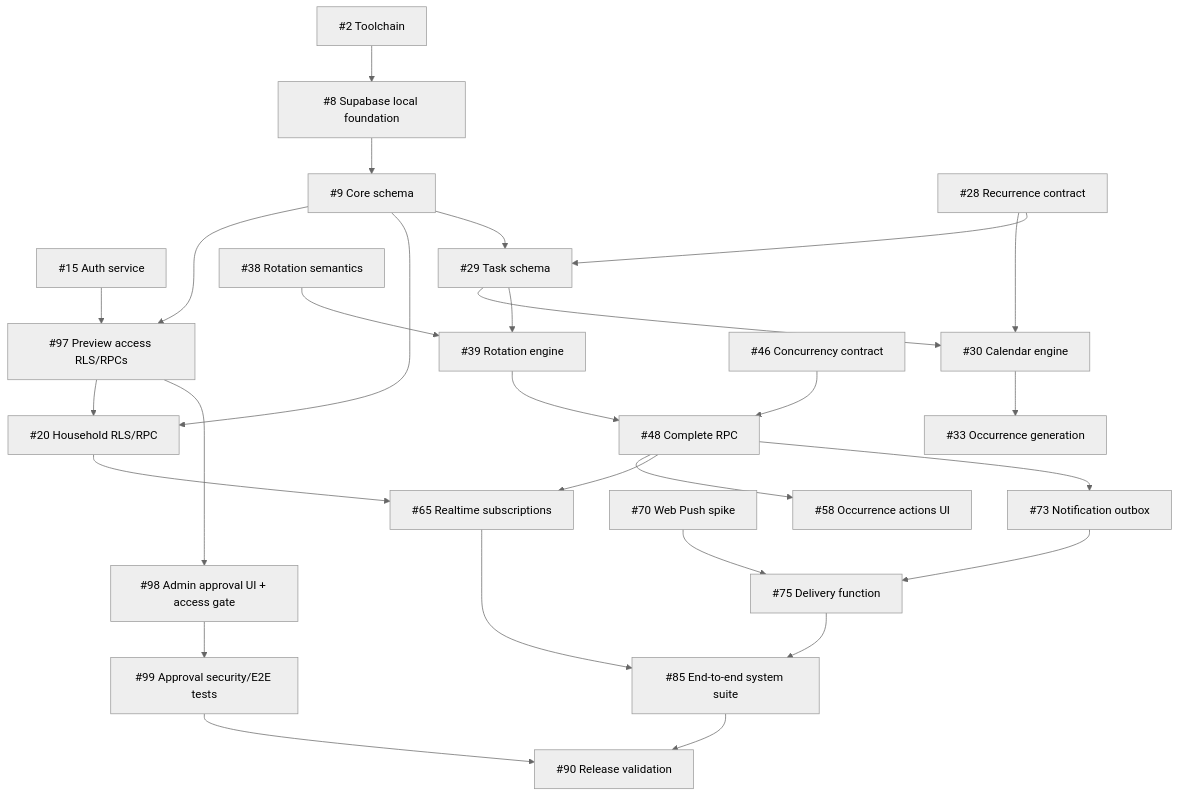
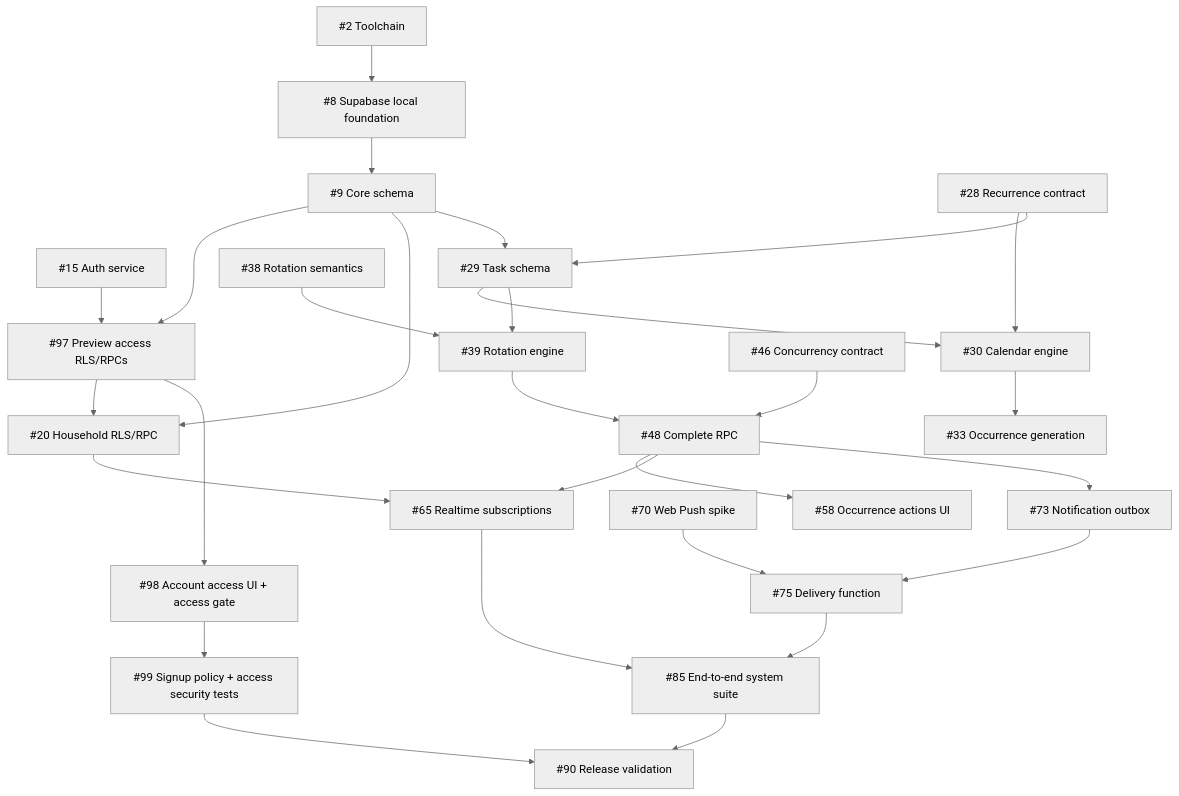
The fifth of 5 diagrams in ARCHITECTURE.md (christopherrbrown3/hometeam), drawn with Mermaid (neutral theme) before and after one commit. The commit also changed other lines of this file and 26 other files, not shown here.

First line of the commit message:
Add configurable signup approval (#138)

````diff
--- a/ARCHITECTURE.md
+++ b/ARCHITECTURE.md
@@ -396,30 +395,30 @@
 ```mermaid
 flowchart TD
     I2["#2 Toolchain"] --> I8["#8 Supabase local foundation"]
     I8 --> I9["#9 Core schema"]
     I15["#15 Auth service"] --> I97["#97 Preview access RLS/RPCs"]
     I9 --> I97
     I97 --> I20
-    I97 --> I98["#98 Admin approval UI + access gate"]
-    I98 --> I99["#99 Approval security/E2E tests"]
+    I97 --> I98["#98 Account access UI + access gate"]
+    I98 --> I99["#99 Signup policy + access security tests"]
     I9 --> I20["#20 Household RLS/RPC"]
     I9 --> I29["#29 Task schema"]
     I28["#28 Recurrence contract"] --> I30["#30 Calendar engine"]
     I28 --> I29
     I29 --> I30
     I30 --> I33["#33 Occurrence generation"]
     I38["#38 Rotation semantics"] --> I39["#39 Rotation engine"]
     I29 --> I39
     I46["#46 Concurrency contract"] --> I48["#48 Complete RPC"]
     I39 --> I48
     I48 --> I58["#58 Occurrence actions UI"]
     I20 --> I65["#65 Realtime subscriptions"]
     I48 --> I65
     I70["#70 Web Push spike"] --> I75["#75 Delivery function"]
     I48 --> I73["#73 Notification outbox"]
     I73 --> I75
     I65 --> I85["#85 End-to-end system suite"]
     I75 --> I85
     I85 --> I90["#90 Release validation"]
     I99 --> I90
 ```
````
